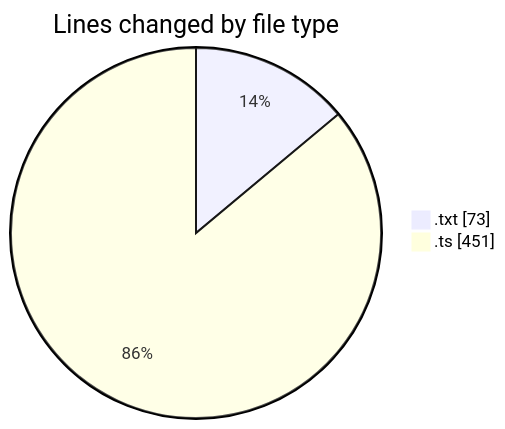
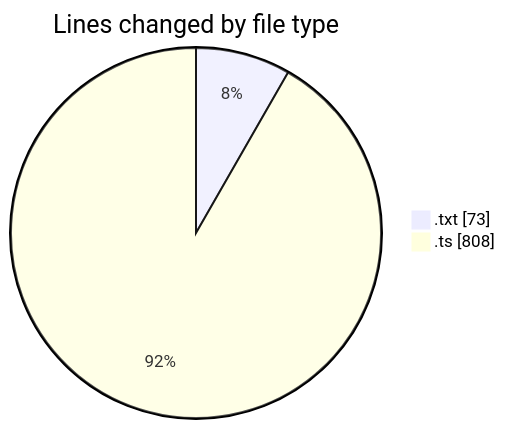
Before and after one commit to CELIANVF/code-tracking: the first of 2 diagrams in 2025-05-28/ecodeli-1/README.md, drawn with Mermaid. The commit also changed other lines of this file and 1 other file, not shown here.

````diff
--- a/2025-05-28/ecodeli-1/README.md
+++ b/2025-05-28/ecodeli-1/README.md
@@ -25,6 +27,6 @@
 ```mermaid
 pie showData
 title Lines changed by file type
 ".txt" : 73
-".ts" : 451
+".ts" : 808
 ```
````
